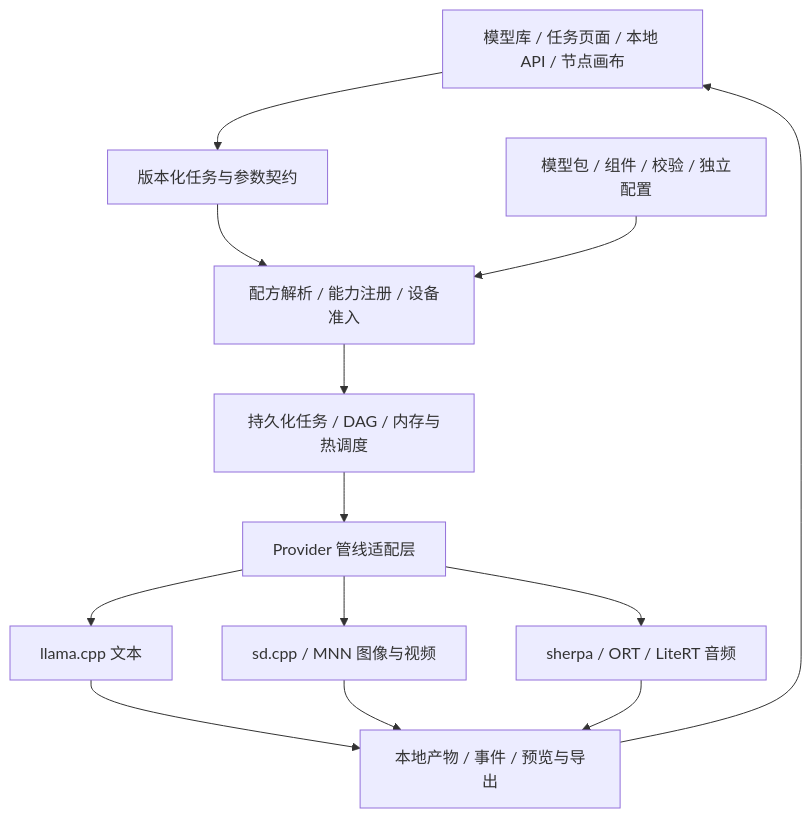
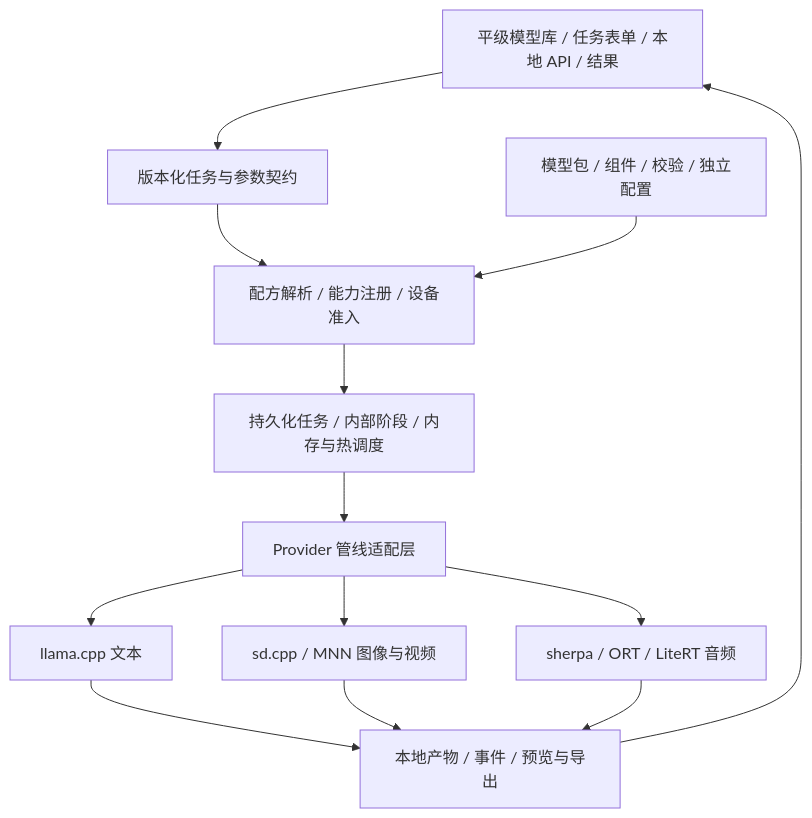
One commit to wikigsroom/LMA changed the diagram in docs/FOUNDATION.md. Above: the diagram before and after it, drawn with Mermaid. The commit also changed other lines of this file and 18 other files, not shown here.

````diff
--- a/docs/FOUNDATION.md
+++ b/docs/FOUNDATION.md
@@ -36,15 +38,15 @@
 ```mermaid
 flowchart TD
-    UI[模型库 / 任务页面 / 本地 API / 节点画布] --> C[版本化任务与参数契约]
+    UI[平级模型库 / 任务表单 / 本地 API / 结果] --> C[版本化任务与参数契约]
     C --> R[配方解析 / 能力注册 / 设备准入]
-    R --> J[持久化任务 / DAG / 内存与热调度]
+    R --> J[持久化任务 / 内部阶段 / 内存与热调度]
     B[模型包 / 组件 / 校验 / 独立配置] --> R
     J --> P[Provider 管线适配层]
     P --> T[llama.cpp 文本]
     P --> D[sd.cpp / MNN 图像与视频]
     P --> A[sherpa / ORT / LiteRT 音频]
     T --> O[本地产物 / 事件 / 预览与导出]
     D --> O
     A --> O
     O --> UI
 ```
````
